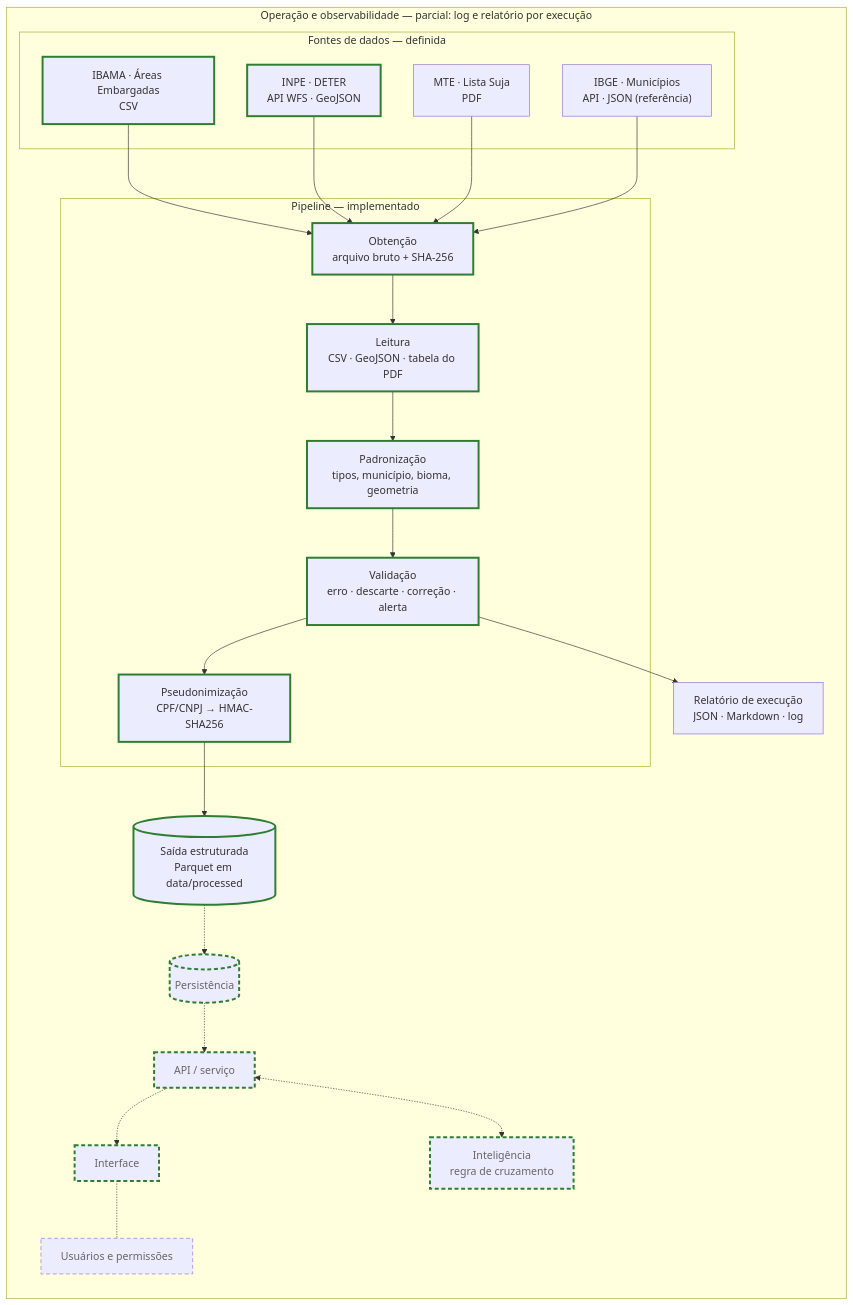
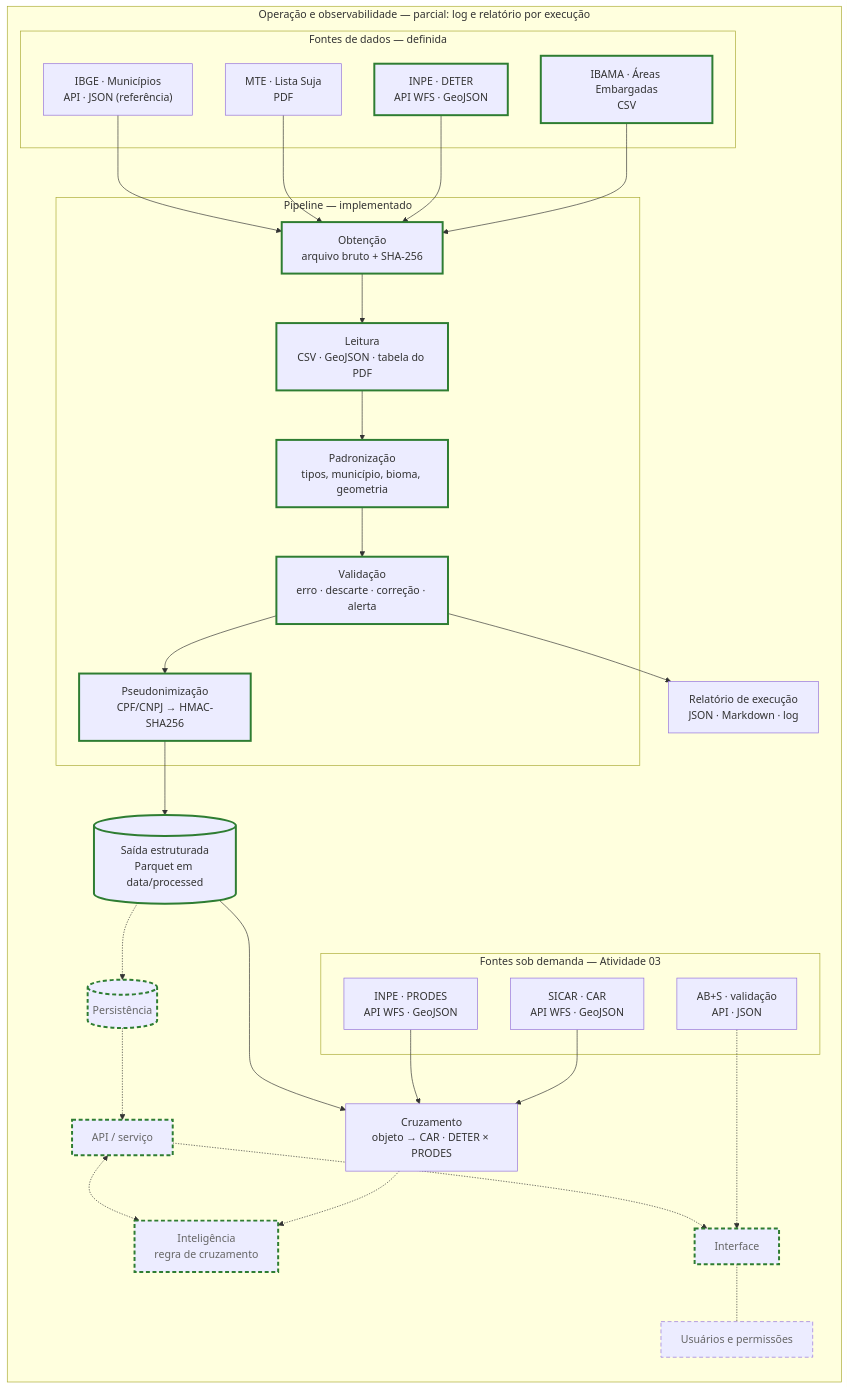
Before and after one commit to lipe0312/siod-projeto-2026-2: the diagram in docs/arquitetura/arquitetura.md, drawn with Mermaid. The commit also changed other lines of this file and 39 other files, not shown here.

Commit message:
Atividade 03: SICAR, PRODES e AB+S sob demanda, cruzamento e notebook antes e depois

````diff
--- a/docs/arquitetura/arquitetura.md
+++ b/docs/arquitetura/arquitetura.md
@@ -20,38 +20,49 @@
 ```mermaid
 flowchart LR
   subgraph OPS["Operação e observabilidade — parcial: log e relatório por execução"]
     subgraph FONTES["Fontes de dados — definida"]
       F1["IBAMA · Áreas Embargadas<br/>CSV"]
       F2["INPE · DETER<br/>API WFS · GeoJSON"]
       F3["MTE · Lista Suja<br/>PDF"]
       F4["IBGE · Municípios<br/>API · JSON (referência)"]
     end
+    subgraph SOB["Fontes sob demanda — Atividade 03"]
+      D1["SICAR · CAR<br/>API WFS · GeoJSON"]
+      D2["INPE · PRODES<br/>API WFS · GeoJSON"]
+      D3["AB+S · validação<br/>API · JSON"]
+    end
+    CRZ["Cruzamento<br/>objeto → CAR · DETER × PRODES"]
     subgraph PIPE["Pipeline — implementado"]
       P1["Obtenção<br/>arquivo bruto + SHA-256"] --> P2["Leitura<br/>CSV · GeoJSON · tabela do PDF"]
       P2 --> P3["Padronização<br/>tipos, município, bioma, geometria"]
       P3 --> P4["Validação<br/>erro · descarte · correção · alerta"]
       P4 --> P5["Pseudonimização<br/>CPF/CNPJ → HMAC-SHA256"]
     end
     S1[("Saída estruturada<br/>Parquet em data/processed")]
     S2["Relatório de execução<br/>JSON · Markdown · log"]
     PER[("Persistência")]
     API["API / serviço"]
     UI["Interface"]
     IA["Inteligência<br/>regra de cruzamento"]
     USR["Usuários e permissões"]
   end
   F1 --> P1
   F2 --> P1
   F3 --> P1
   F4 --> P1
   P5 --> S1
   P4 --> S2
+  D1 --> CRZ
+  D2 --> CRZ
+  S1 --> CRZ
+  CRZ -.-> IA
+  D3 -.-> UI
   S1 -.-> PER -.-> API -.-> UI
   API <-.-> IA
   UI -.- USR
 
   classDef previsto stroke-dasharray: 6 4,color:#666
   classDef fatia stroke:#2e7d32,stroke-width:3px
   class PER,API,UI,IA,USR previsto
   class F1,F2,P1,P2,P3,P4,P5,S1,PER,API,UI,IA fatia
 ```
````
